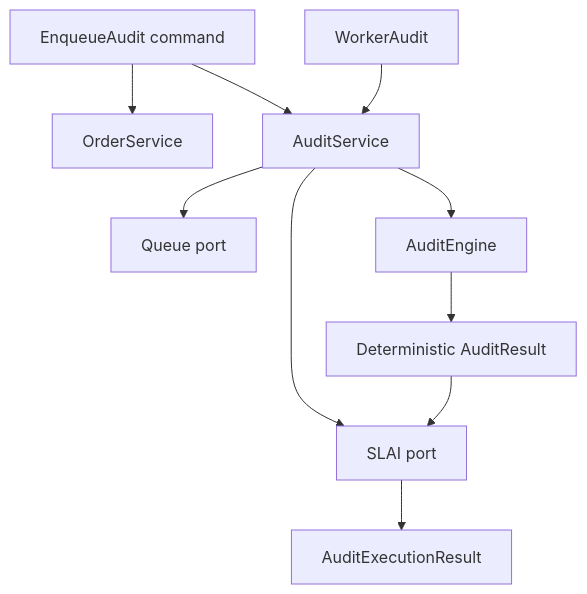
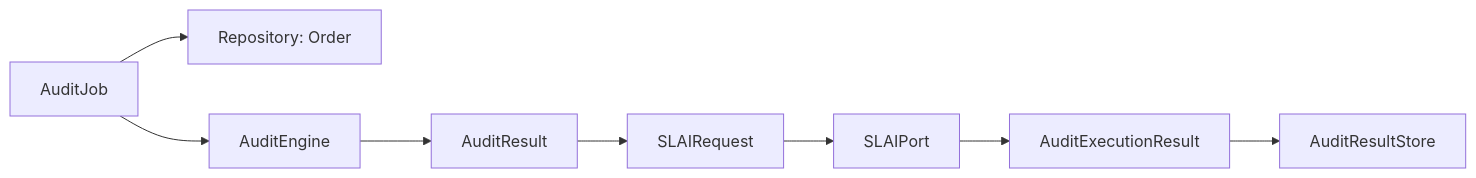
The second of 2 diagrams in app/README.md (The-Outsider-97/bimap), drawn with Mermaid before and after one commit. The commit also changed other lines of this file, not shown here.

````diff
--- a/app/README.md
+++ b/app/README.md
@@ -400,13 +251,14 @@
 ```mermaid
-flowchart TD
-    ENQ[EnqueueAudit command] --> OS[OrderService]
-    ENQ --> AS[AuditService]
-    AS --> QUEUE[Queue port]
+flowchart LR
+    JOB[AuditJob]
+    ORDER[Repository: Order]
+    DET[AuditEngine]
+    AR[AuditResult]
+    REQ[SLAIRequest]
+    PORT[SLAIPort]
+    COMBO[AuditExecutionResult]
+    STORE[AuditResultStore]
 
-    WORKER[WorkerAudit] --> AS
-    AS --> ENGINE[AuditEngine]
-    ENGINE --> DET[Deterministic AuditResult]
-    AS --> SLAI[SLAI port]
-    DET --> SLAI
-    SLAI --> RESULT[AuditExecutionResult]
+    JOB --> ORDER
+    JOB --> DET --> AR --> REQ --> PORT --> COMBO --> STORE
 ```
````
